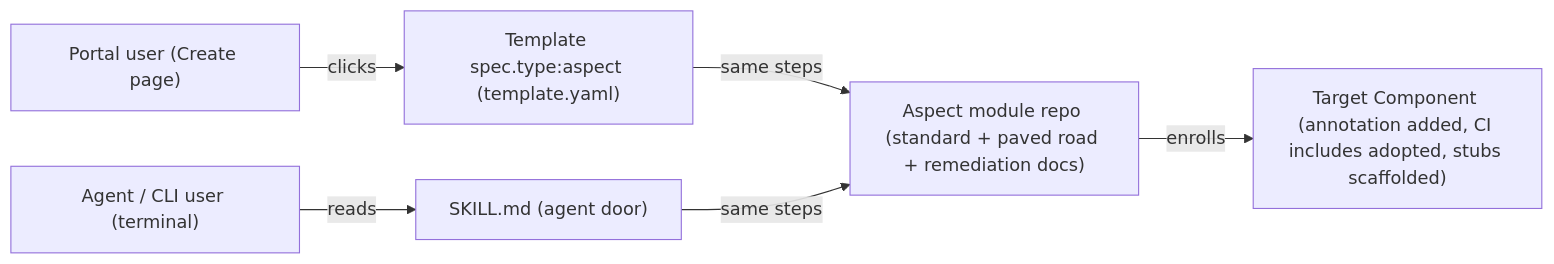
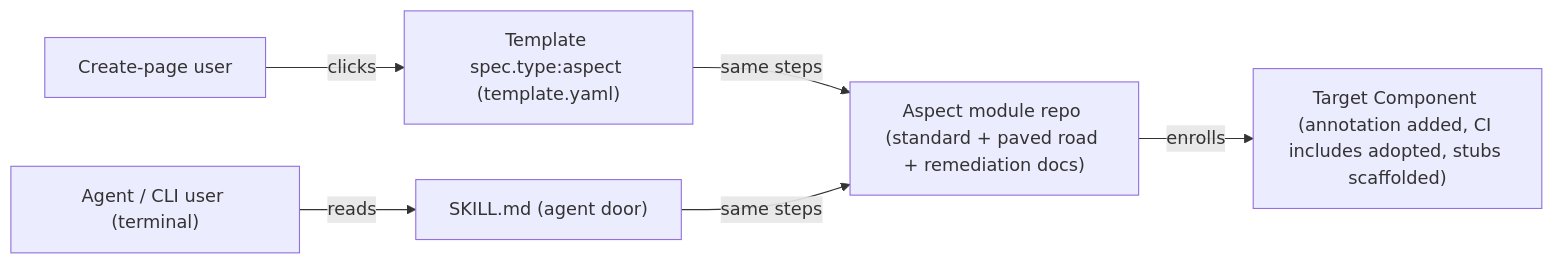
Before and after one commit to SiliconSaga/leidangr: the second of 3 diagrams in docs/guildhall-model.md, drawn with Mermaid. The commit also changed other lines of this file and 2 other files, not shown here.

````diff
--- a/docs/guildhall-model.md
+++ b/docs/guildhall-model.md
@@ -63,8 +75,8 @@
 ```mermaid
 flowchart LR
-    PORTAL["Portal user (Create page)"] -->|"clicks"| TEMPLATE["Template spec.type:aspect (template.yaml)"]
+    PORTAL["Create-page user"] -->|"clicks"| TEMPLATE["Template spec.type:aspect (template.yaml)"]
     AGENT["Agent / CLI user (terminal)"] -->|"reads"| SKILL_MD["SKILL.md (agent door)"]
     TEMPLATE -->|"same steps"| MODULE["Aspect module repo (standard + paved road + remediation docs)"]
     SKILL_MD -->|"same steps"| MODULE
     MODULE -->|"enrolls"| COMPONENT2["Target Component (annotation added, CI includes adopted, stubs scaffolded)"]
 ```
````
